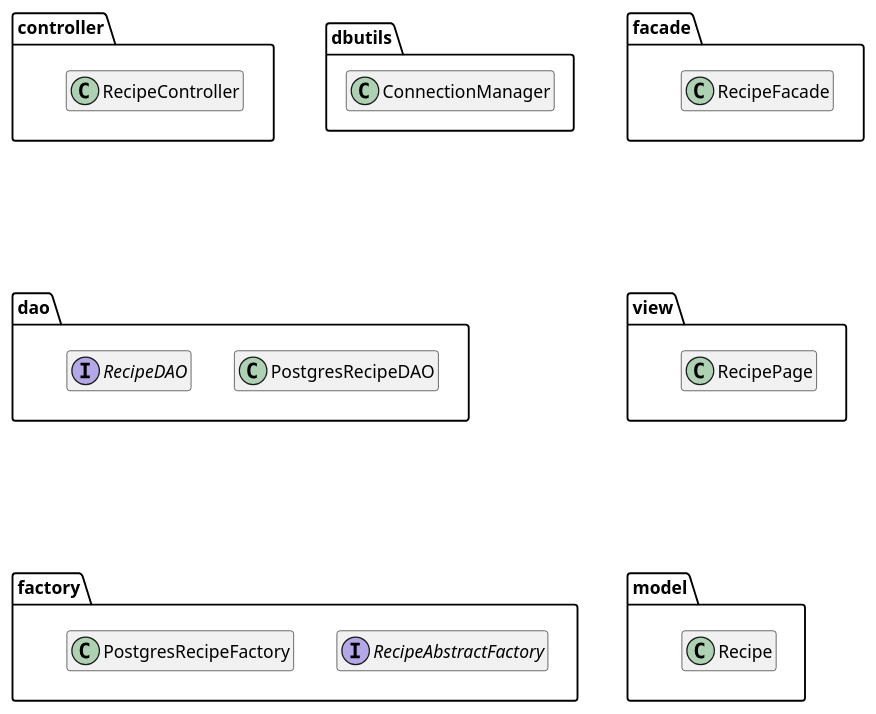
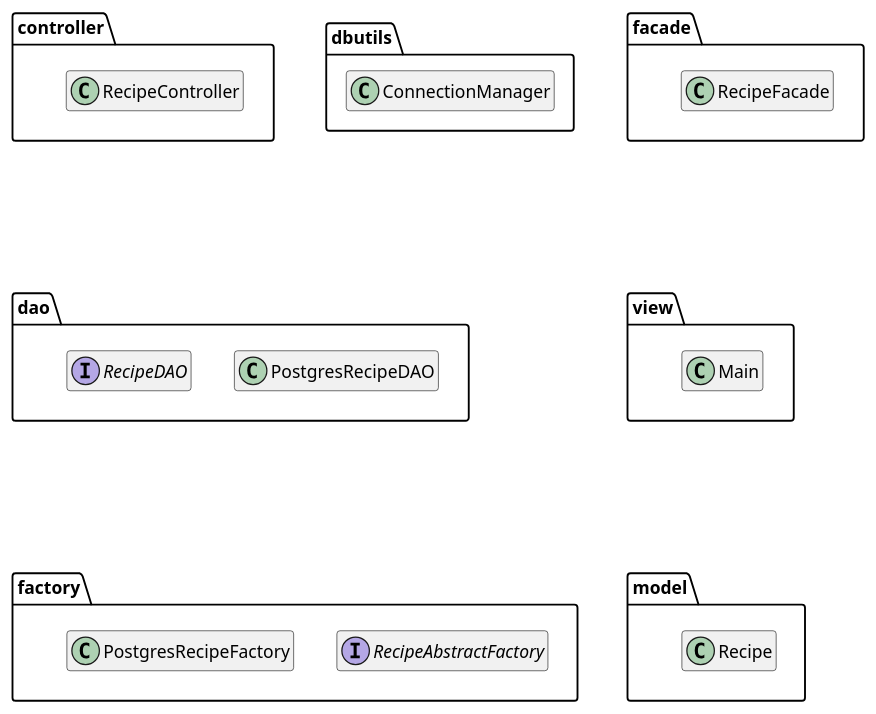
One commit to iusildra/WineCellar changed the diagram in doc/reports/prototype/plantuml/RecipeManagement/packageDiagramRecipe.plantuml. Above: the diagram before and after it, drawn with PlantUML. The commit also changed 3 other files, not shown here.

```diff
--- a/doc/reports/prototype/plantuml/RecipeManagement/packageDiagramRecipe.plantuml
+++ b/doc/reports/prototype/plantuml/RecipeManagement/packageDiagramRecipe.plantuml
@@ -1,38 +1,38 @@
 @startuml packageDiagram
 
 hide empty members
 package  controller{
   class RecipeController
 }
 
 package dao{
   class PostgresRecipeDAO
   interface RecipeDAO
 }
 
 package dbutils{
   class ConnectionManager
 }
 
 package facade{
   class RecipeFacade
 }
 
 package factory{
   interface RecipeAbstractFactory
   class PostgresRecipeFactory
 }
 
 package model{
   class Recipe
 }
-' less generic names
+
 package view{
-  class RecipePage
+  class Main
 }
 controller  --[hidden]d-- dao
 facade      --[hidden]d-- view
 dao         --[hidden]d-- factory
 view        --[hidden]d-- model
 
 @enduml
```
